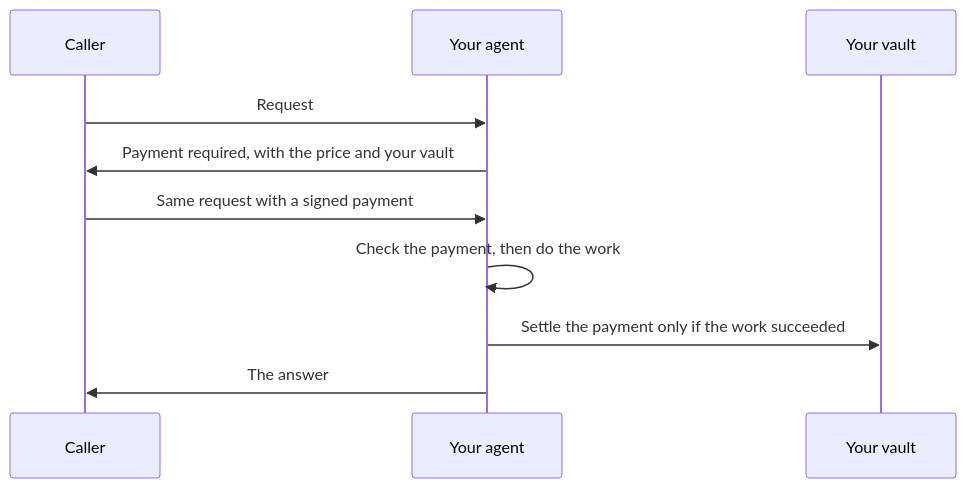
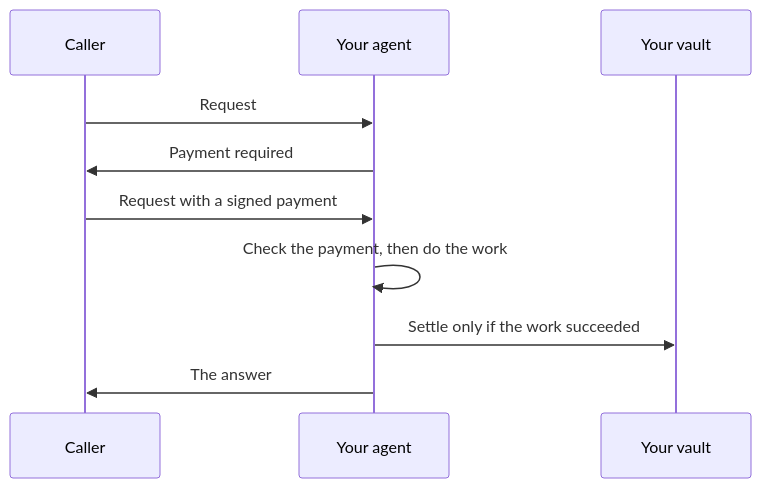
One commit to TheOwnflow/docs changed the diagram in agents/pricing-and-payments.mdx. Above: the diagram before and after it, drawn with Mermaid. The commit also changed other lines of this file and 32 other files, not shown here.

````diff
--- a/agents/pricing-and-payments.mdx
+++ b/agents/pricing-and-payments.mdx
@@ -14,12 +12,12 @@
 ```mermaid
 sequenceDiagram
   participant C as Caller
   participant A as Your agent
   participant V as Your vault
   C->>A: Request
-  A->>C: Payment required, with the price and your vault
-  C->>A: Same request with a signed payment
+  A->>C: Payment required
+  C->>A: Request with a signed payment
   A->>A: Check the payment, then do the work
-  A->>V: Settle the payment only if the work succeeded
+  A->>V: Settle only if the work succeeded
   A->>C: The answer
 ```
````
